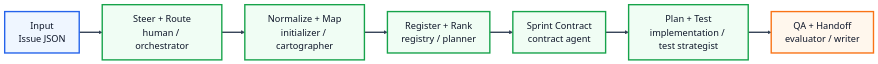
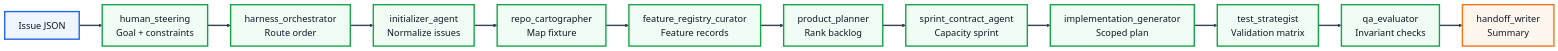
One commit to shiki-dml/My-Harness-Workflow changed the third of 4 diagrams in README.md. Above: the diagram before and after it, drawn with Mermaid. The commit also changed other lines of this file, not shown here.

Commit message:
Document harness interaction flows

````diff
--- a/README.md
+++ b/README.md
@@ -160,17 +185,22 @@
 ```mermaid
 %%{init: {"theme":"base","flowchart":{"curve":"linear","htmlLabels":true},"themeVariables":{"background":"#ffffff","mainBkg":"#ffffff","primaryTextColor":"#0f172a","fontSize":"20px","lineColor":"#334155"}}}%%
 flowchart LR
-    A["Input<br/>Issue JSON"] --> B["Steer + Route<br/>human / orchestrator"]
-    B --> C["Normalize + Map<br/>initializer / cartographer"]
-    C --> D["Register + Rank<br/>registry / planner"]
-    D --> E["Sprint Contract<br/>contract agent"]
-    E --> F["Plan + Test<br/>implementation / test strategist"]
-    F --> G["QA + Handoff<br/>evaluator / writer"]
+    A["Issue JSON"] --> B["human_steering<br/>Goal + constraints"]
+    B --> C["harness_orchestrator<br/>Route order"]
+    C --> D["initializer_agent<br/>Normalize issues"]
+    D --> E["repo_cartographer<br/>Map fixture"]
+    E --> F["feature_registry_curator<br/>Feature records"]
+    F --> G["product_planner<br/>Rank backlog"]
+    G --> H["sprint_contract_agent<br/>Capacity sprint"]
+    H --> I["implementation_generator<br/>Scoped plan"]
+    I --> J["test_strategist<br/>Validation matrix"]
+    J --> K["qa_evaluator<br/>Invariant checks"]
+    K --> L["handoff_writer<br/>Summary"]
     classDef source fill:#eff6ff,stroke:#2563eb,stroke-width:3px,color:#0f172a
     classDef stage fill:#f0fdf4,stroke:#16a34a,stroke-width:3px,color:#0f172a
     classDef output fill:#fff7ed,stroke:#f97316,stroke-width:3px,color:#0f172a
     class A source
-    class B,C,D,E,F stage
-    class G output
+    class B,C,D,E,F,G,H,I,J,K stage
+    class L output
     linkStyle default stroke:#334155,stroke-width:3px
 ```
````
